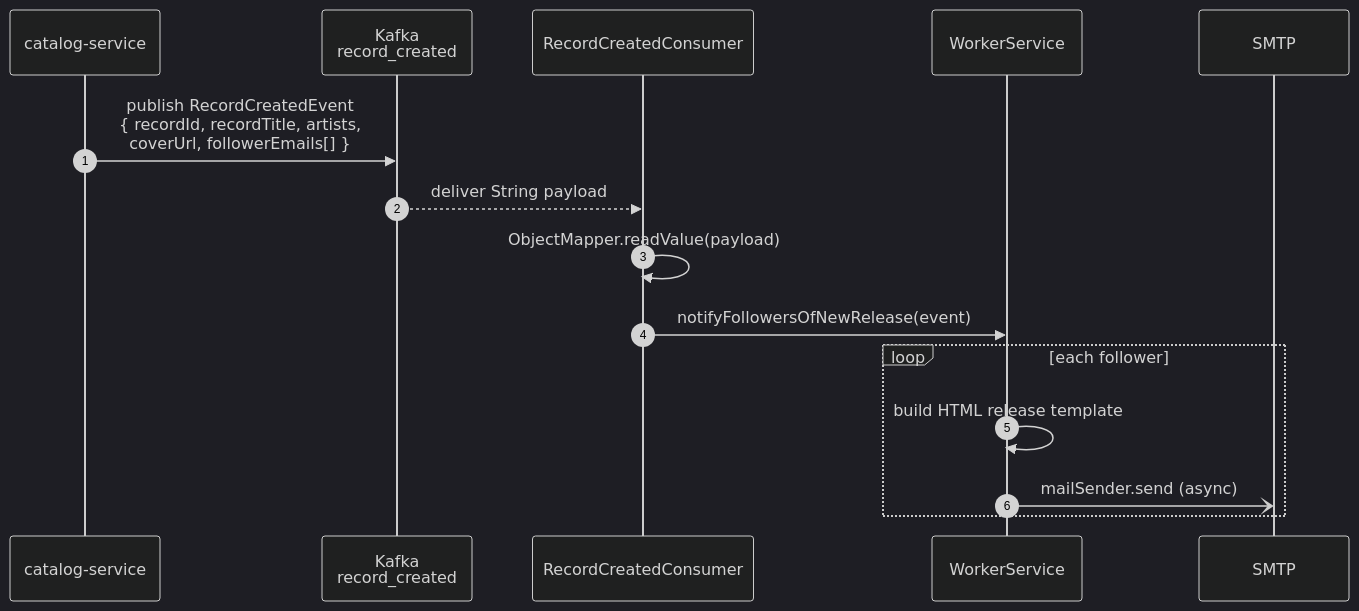
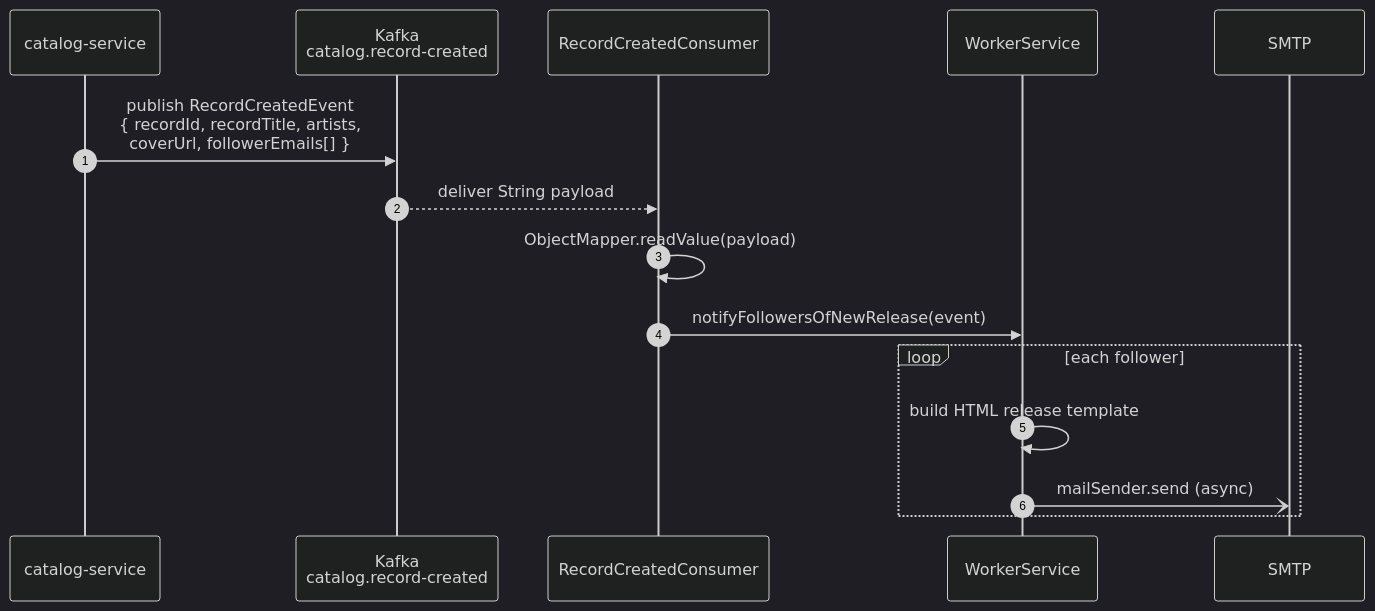
The third of 3 diagrams in notification-service/README.md (harshithrao07/cadence), drawn with Mermaid (dark theme) before and after one commit. The commit also changed other lines of this file and 58 other files, not shown here.

````diff
--- a/notification-service/README.md
+++ b/notification-service/README.md
@@ -61,18 +61,18 @@
 ```mermaid
 sequenceDiagram
     autonumber
     participant Catalog as catalog-service
-    participant K as Kafka<br/>record_created
+    participant K as Kafka<br/>catalog.record-created
     participant RC as RecordCreatedConsumer
     participant WS as WorkerService
     participant SMTP
 
     Catalog->>K: publish RecordCreatedEvent<br/>{ recordId, recordTitle, artists,<br/>  coverUrl, followerEmails[] }
     K-->>RC: deliver String payload
     RC->>RC: ObjectMapper.readValue(payload)
     RC->>WS: notifyFollowersOfNewRelease(event)
     loop each follower
         WS->>WS: build HTML release template
         WS-)SMTP: mailSender.send (async)
     end
 ```
````
